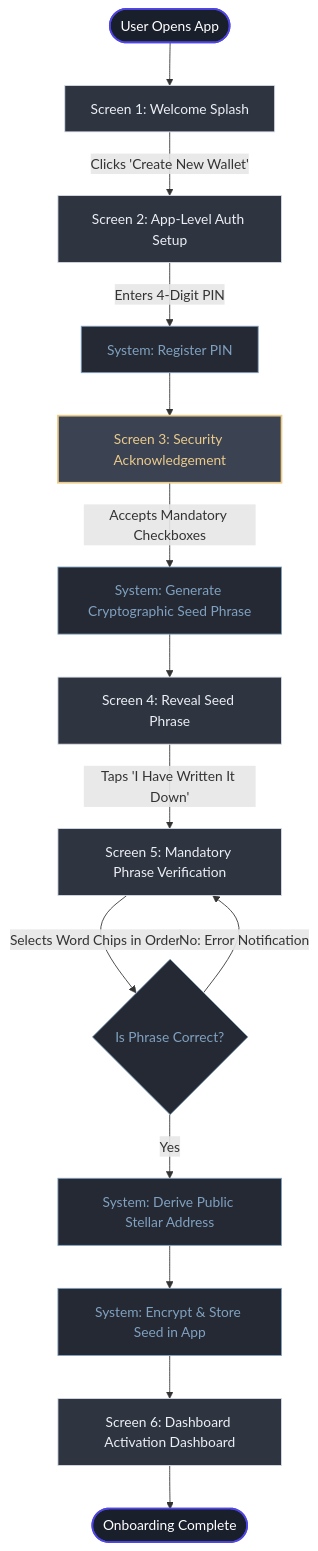
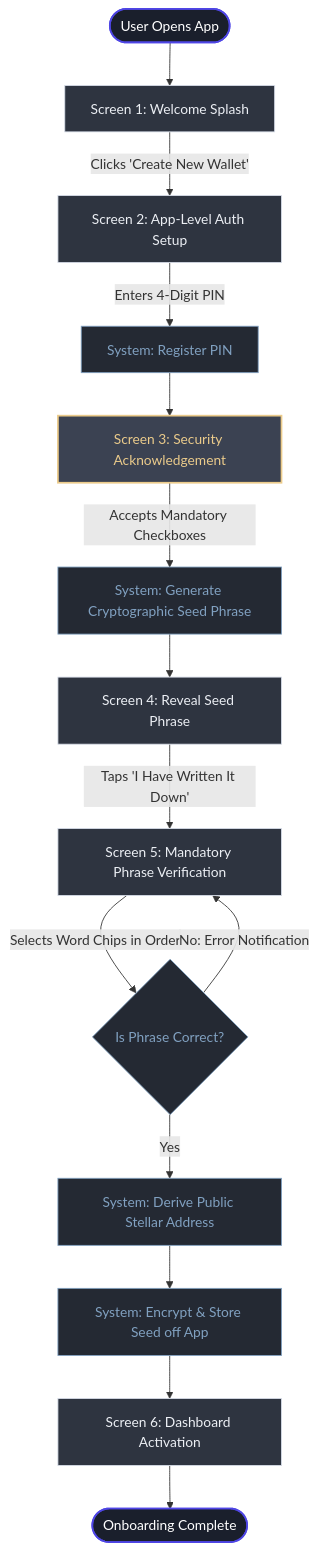
The first of 2 diagrams in submissions/scf_phase2_deliverables.md (CodelnGhana/codelnpay-project), drawn with Mermaid before and after one commit. The commit also changed other lines of this file, not shown here.

````diff
--- a/submissions/scf_phase2_deliverables.md
+++ b/submissions/scf_phase2_deliverables.md
@@ -13,35 +21,35 @@
 ```mermaid
 graph TD
     %% Styling Configuration
     classDef startEnd fill:#1A1F2C,stroke:#4F46E5,stroke-width:2px,color:#fff;
     classDef process fill:#2E3440,stroke:#D8DEE9,stroke-width:1px,color:#ECEFF4;
     classDef warning fill:#3B4252,stroke:#EBCB8B,stroke-width:2px,color:#EBCB8B;
     classDef system fill:#242933,stroke:#81A1C1,stroke-width:1px,color:#81A1C1;
 
     %% Flow Steps
     Start([User Opens App]) --> SCR1[Screen 1: Welcome Splash]
     SCR1 -->|Clicks 'Create New Wallet'| SCR2[Screen 2: App-Level Auth Setup]
     
     SCR2 -->|Enters 4-Digit PIN| SYS1[System: Register PIN]
     SYS1 --> SCR3[Screen 3: Security Acknowledgement]
     
     SCR3 -->|Accepts Mandatory Checkboxes| SYS2[System: Generate Cryptographic Seed Phrase]
     SYS2 --> SCR4[Screen 4: Reveal Seed Phrase]
     
     SCR4 -->|Taps 'I Have Written It Down'| SCR5[Screen 5: Mandatory Phrase Verification]
     
     SCR5 -->|Selects Word Chips in Order| Verification{Is Phrase Correct?}
     
     Verification -->|No: Error Notification| SCR5
     Verification -->|Yes| SYS3[System: Derive Public Stellar Address]
     
-    SYS3 --> SYS4[System: Encrypt & Store Seed in App]
-    SYS4 --> SCR6[Screen 6: Dashboard Activation Dashboard]
+    SYS3 --> SYS4[System: Encrypt & Store Seed off App]
+    SYS4 --> SCR6[Screen 6: Dashboard Activation ]
     SCR6 --> End([Onboarding Complete])
 
     %% Assign Styles
     class Start,End startEnd;
     class SCR1,SCR2,SCR4,SCR5,SCR6 process;
     class SCR3 warning;
     class SYS1,SYS2,SYS3,SYS4,Verification system;
 ```
````
